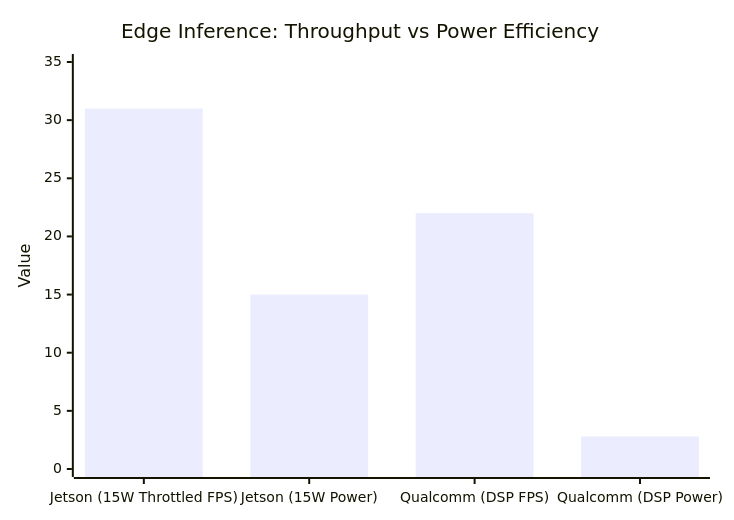
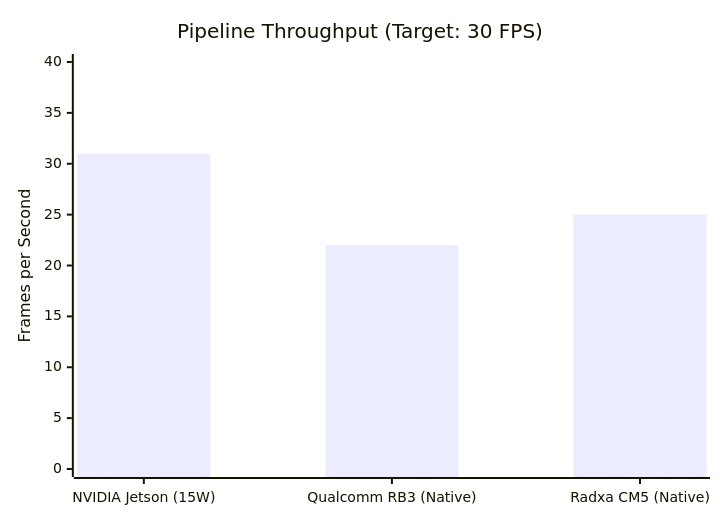
Before and after one commit to zok213/DAT1: the sixth of 8 diagrams in PRESENTATION_TF_DEPLOYMENT.md, drawn with Mermaid. The commit also changed other lines of this file, not shown here.

Commit message:
docs: Expand Quantization charts and split Throughput/Power into dedicated graphs

````diff
--- a/PRESENTATION_TF_DEPLOYMENT.md
+++ b/PRESENTATION_TF_DEPLOYMENT.md
@@ -124,7 +163,7 @@
 ```mermaid
 xychart-beta
-    title "Edge Inference: Throughput vs Power Efficiency"
-    x-axis ["Jetson (15W Throttled FPS)", "Jetson (15W Power)", "Qualcomm (DSP FPS)", "Qualcomm (DSP Power)"]
-    y-axis "Value" 0.0 --> 35.0
-    bar [31.0, 15.0, 22.0, 2.8]
+    title "Pipeline Throughput (Target: 30 FPS)"
+    x-axis ["NVIDIA Jetson (15W)", "Qualcomm RB3 (Native)", "Radxa CM5 (Native)"]
+    y-axis "Frames per Second" 0.0 --> 40.0
+    bar [31.0, 22.0, 25.0]
 ```
````
